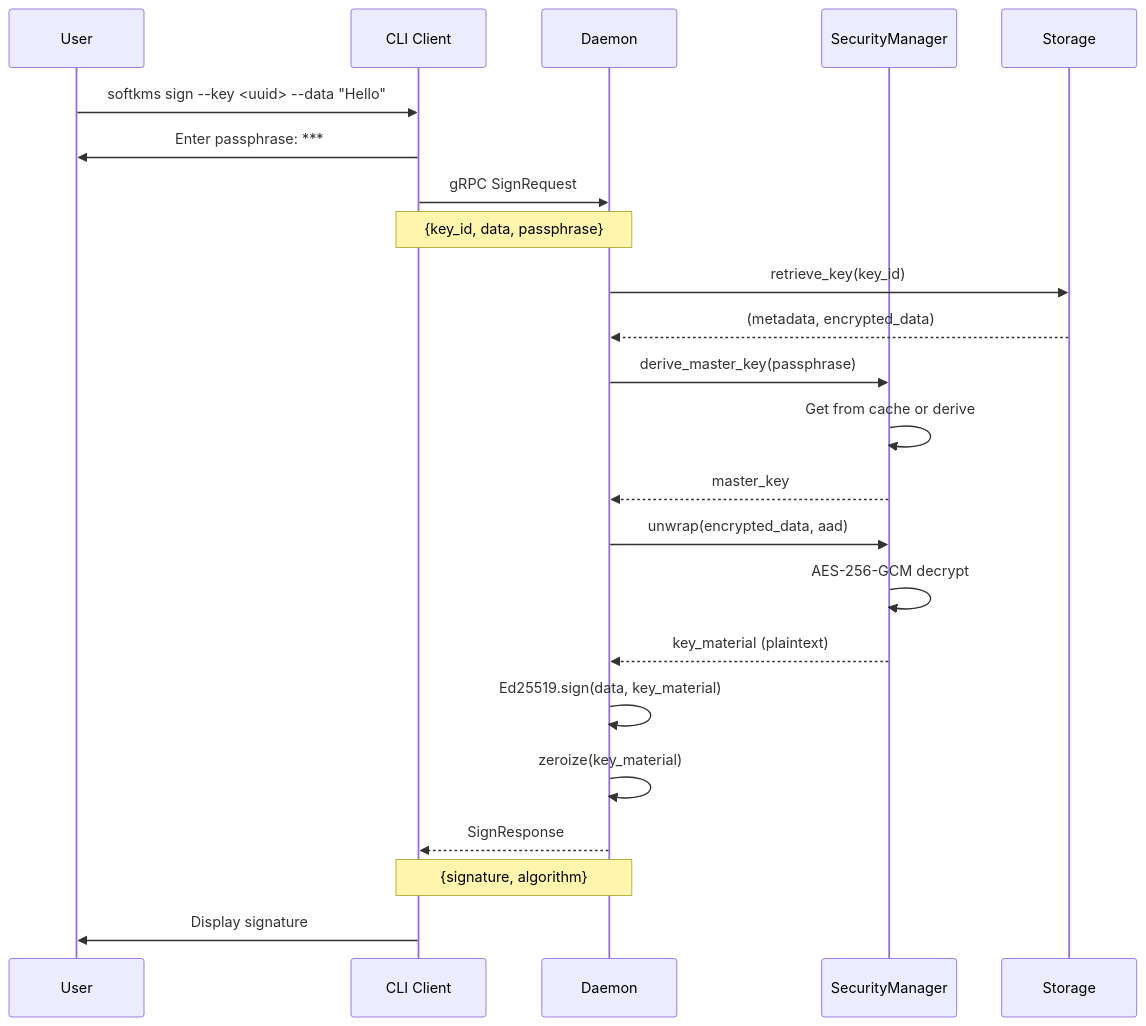
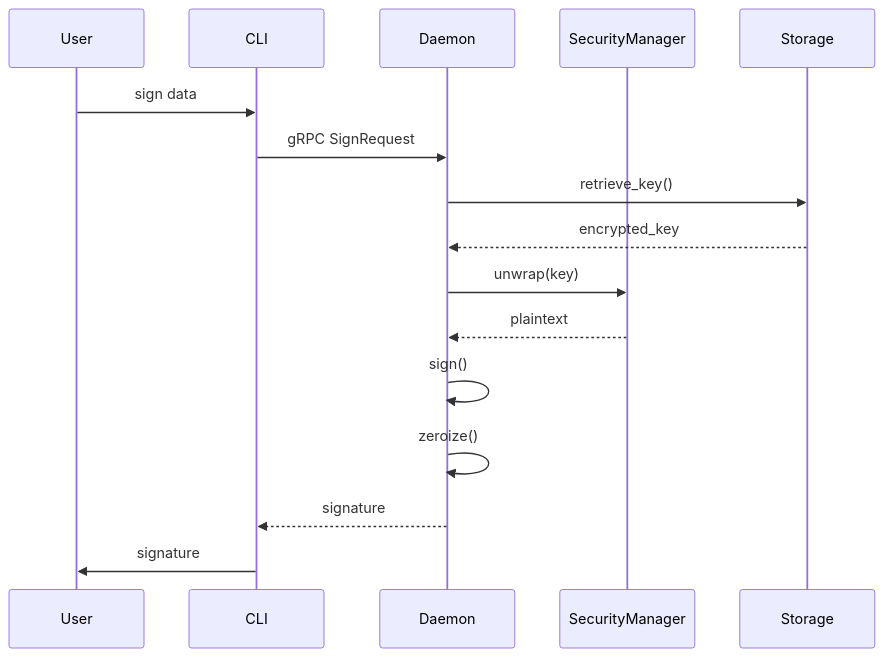
Before and after one commit to ehanoc/softKMS: the fifth of 7 diagrams in docs/CLI_DAEMON_ARCHITECTURE.md, drawn with Mermaid. The commit also changed other lines of this file and 8 other files, not shown here.

````diff
--- a/docs/CLI_DAEMON_ARCHITECTURE.md
+++ b/docs/CLI_DAEMON_ARCHITECTURE.md
@@ -139,31 +109,19 @@
 ```mermaid
 sequenceDiagram
     participant U as User
-    participant CLI as CLI Client
+    participant CLI as CLI
     participant D as Daemon
     participant SM as SecurityManager
     participant S as Storage
 
-    U->>CLI: softkms sign --key <uuid> --data "Hello"
-    CLI->>U: Enter passphrase: ***
+    U->>CLI: sign data
     CLI->>D: gRPC SignRequest
-    Note over CLI,D: {key_id, data, passphrase}
-    
-    D->>S: retrieve_key(key_id)
-    S-->>D: (metadata, encrypted_data)
-    
-    D->>SM: derive_master_key(passphrase)
-    SM->>SM: Get from cache or derive
-    SM-->>D: master_key
-    
-    D->>SM: unwrap(encrypted_data, aad)
-    SM->>SM: AES-256-GCM decrypt
-    SM-->>D: key_material (plaintext)
-    
-    D->>D: Ed25519.sign(data, key_material)
-    D->>D: zeroize(key_material)
-    
-    D-->>CLI: SignResponse
-    Note over D,CLI: {signature, algorithm}
-    CLI->>U: Display signature
+    D->>S: retrieve_key()
+    S-->>D: encrypted_key
+    D->>SM: unwrap(key)
+    SM-->>D: plaintext
+    D->>D: sign()
+    D->>D: zeroize()
+    D-->>CLI: signature
+    CLI->>U: signature
 ```
````
